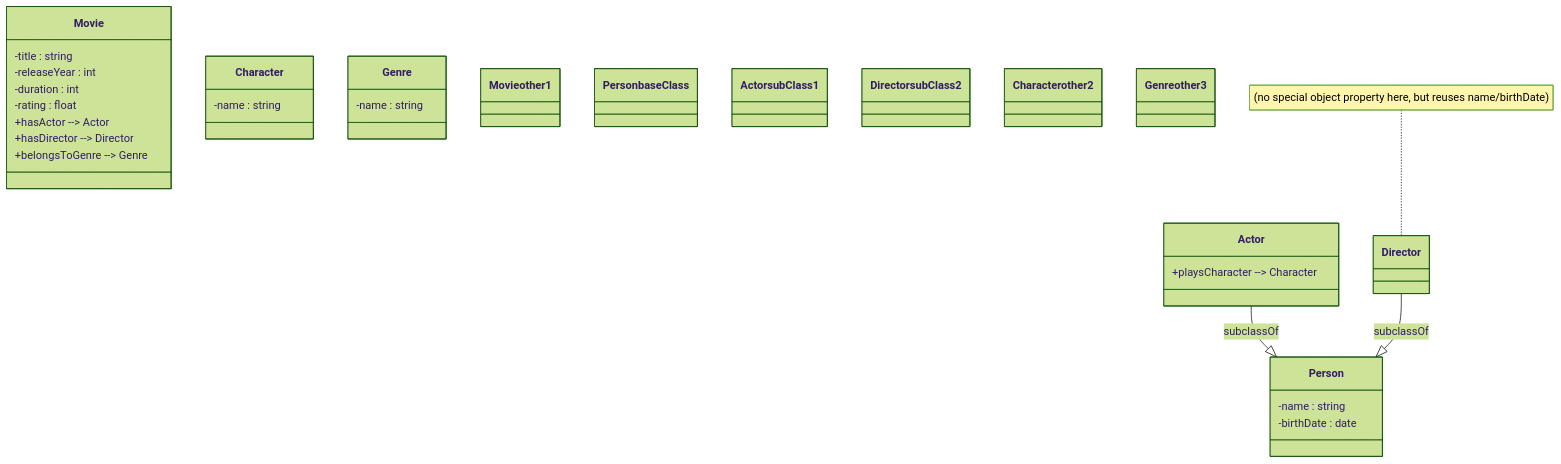
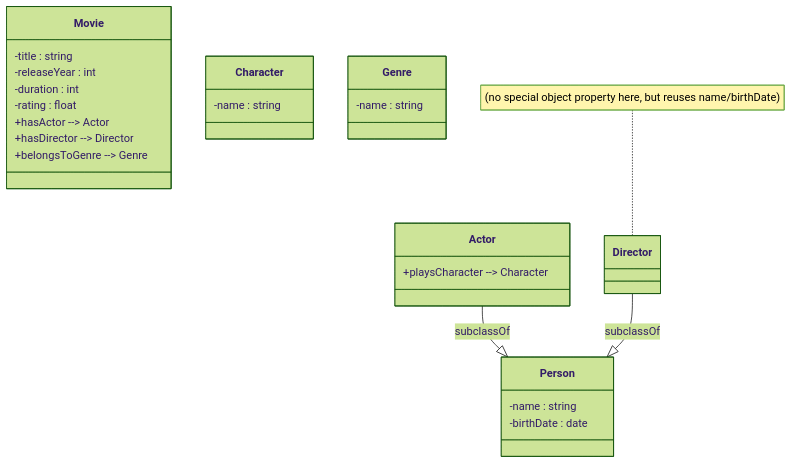
One commit to shauryashaurya/The-Silmaril changed the first of 2 diagrams in o1/o1-structure.md. Above: the diagram before and after it, drawn with Mermaid (forest theme). The commit also changed 1 other file, not shown here.

Commit message:
removed mermaid formatting as GitHub renderer breaks.

````diff
--- a/o1/o1-structure.md
+++ b/o1/o1-structure.md
@@ -3,50 +3,37 @@
 ```mermaid                  
 classDiagram    
-    classDef baseClass fill:#CFF09E    
-    classDef subClass1 fill:#A8DBA8    
-    classDef subClass2 fill:#79BD9A    
-    classDef other1 fill:#FF6B6B    
-    classDef other2 fill:#C44D58    
-    classDef other3 fill:#C7F464   
-    
     class Movie {    
         -title : string    
         -releaseYear : int    
         -duration : int    
         -rating : float    
         +hasActor --> Actor    
         +hasDirector --> Director    
         +belongsToGenre --> Genre    
     }    
         
     class Person {    
         -name : string    
         -birthDate : date    
     }    
         
     class Actor {    
         +playsCharacter --> Character    
     }    
         
     class Director {    
     }    
     note for Director "(no special object property here, but reuses name/birthDate)"    
     
     class Character {    
         -name : string    
     }    
        
     class Genre {    
         -name : string    
     }    
         
     Actor --|> Person : subclassOf    
     Director --|> Person : subclassOf    
-    
-  class Movie other1    
-  class Person baseClass    
-  class Actor subClass1    
-  class Director subClass2    
-  class Character other2    
-  class Genre other3      
+
 ```     
````
